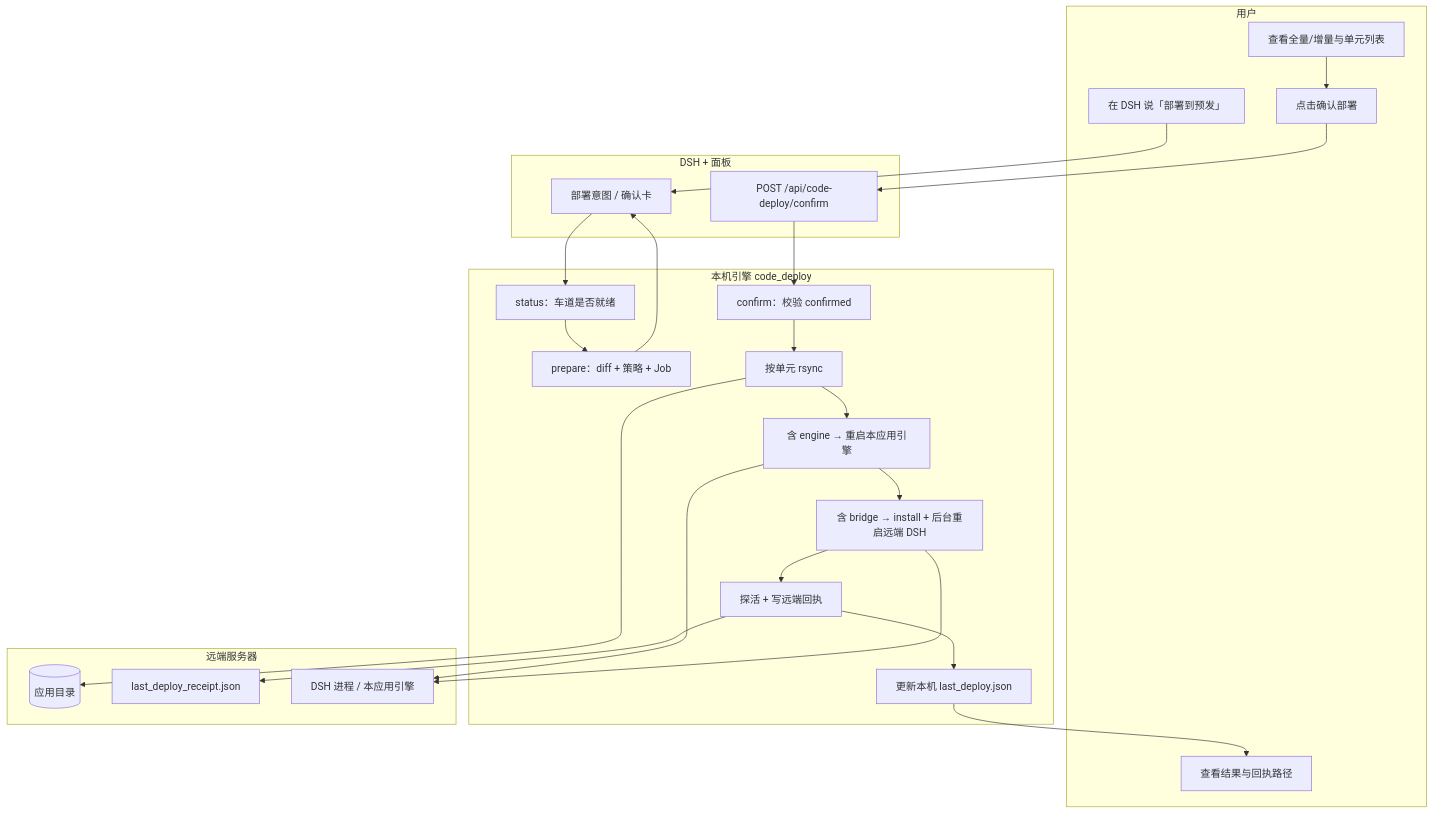
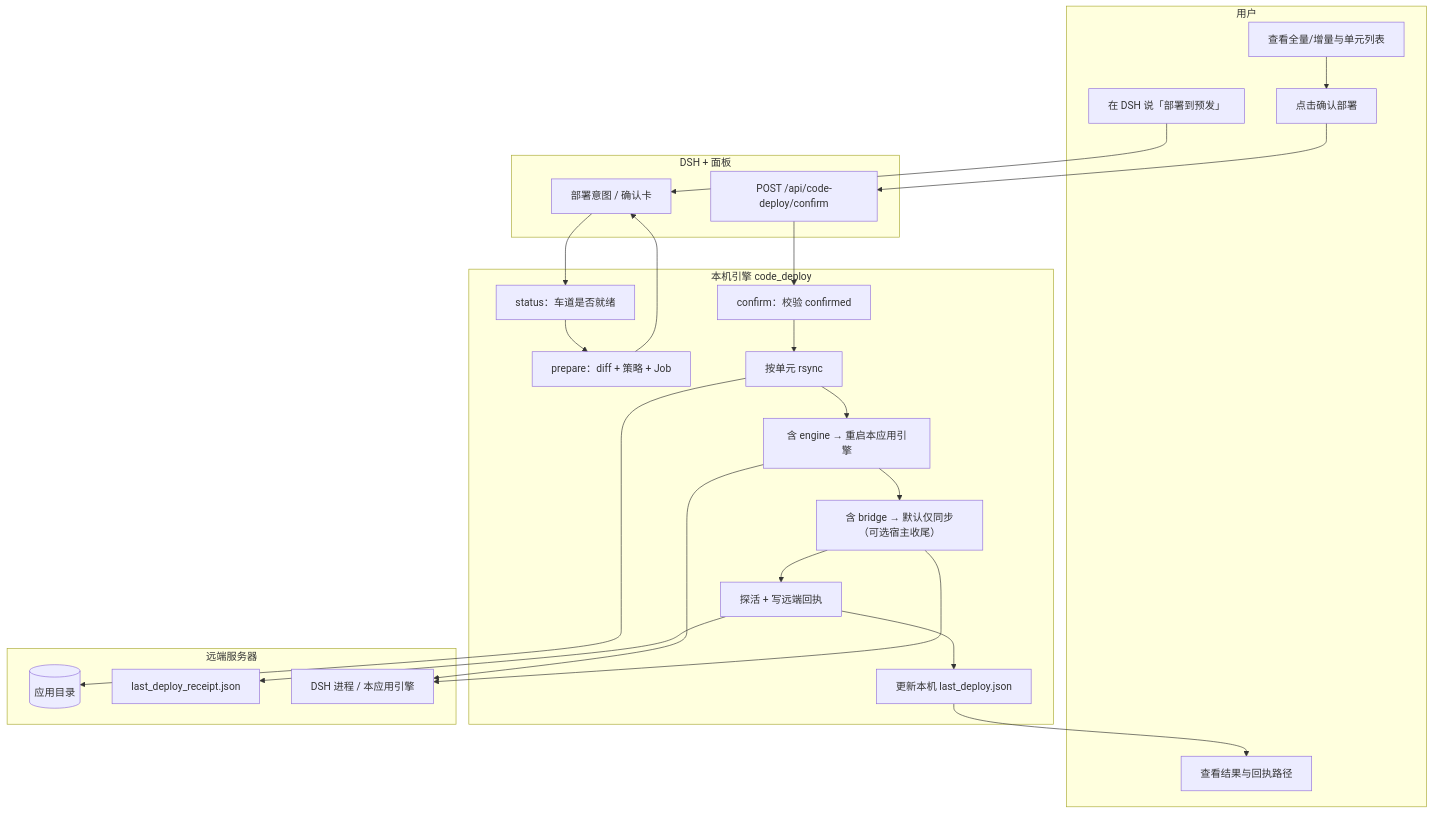
One commit to LouisBoBo/pythonProject_dsh_zr_workbuddy changed the first of 4 diagrams in docs/功能实现/P1-自动化部署-按单元增量.md. Above: the diagram before and after it, drawn with Mermaid. The commit also changed other lines of this file and 22 other files, not shown here.

````diff
--- a/docs/功能实现/P1-自动化部署-按单元增量.md
+++ b/docs/功能实现/P1-自动化部署-按单元增量.md
@@ -193,38 +194,38 @@
 ```mermaid
 flowchart TB
   subgraph User["用户"]
     U1[在 DSH 说「部署到预发」]
     U2[查看全量/增量与单元列表]
     U3[点击确认部署]
     U4[查看结果与回执路径]
   end
 
   subgraph DSH["DSH + 面板"]
     P1[部署意图 / 确认卡]
     P2[POST /api/code-deploy/confirm]
   end
 
   subgraph Engine["本机引擎 code_deploy"]
     E1[status：车道是否就绪]
     E2[prepare：diff + 策略 + Job]
     E3[confirm：校验 confirmed]
     E4[按单元 rsync]
     E5[含 engine → 重启本应用引擎]
-    E5b[含 bridge → install + 后台重启远端 DSH]
+    E5b[含 bridge → 默认仅同步（可选宿主收尾）]
     E6[探活 + 写远端回执]
     E7[更新本机 last_deploy.json]
   end
 
   subgraph Remote["远端服务器"]
     R1[(应用目录)]
     R2[last_deploy_receipt.json]
     R3[DSH 进程 / 本应用引擎]
   end
 
   U1 --> P1 --> E1 --> E2 --> P1
   U2 --> U3 --> P2 --> E3 --> E4 --> R1
   E4 --> E5 --> E5b --> E6 --> R2
   E5 --> R3
   E5b --> R3
   E6 --> E7 --> U4
 ```
````
